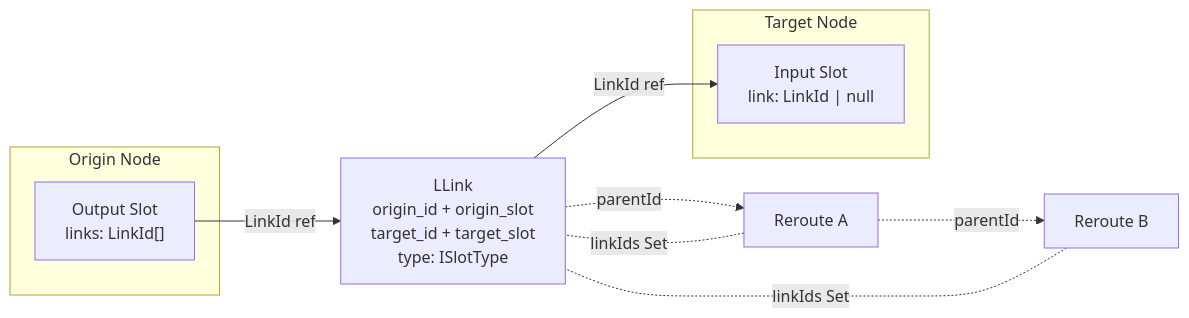
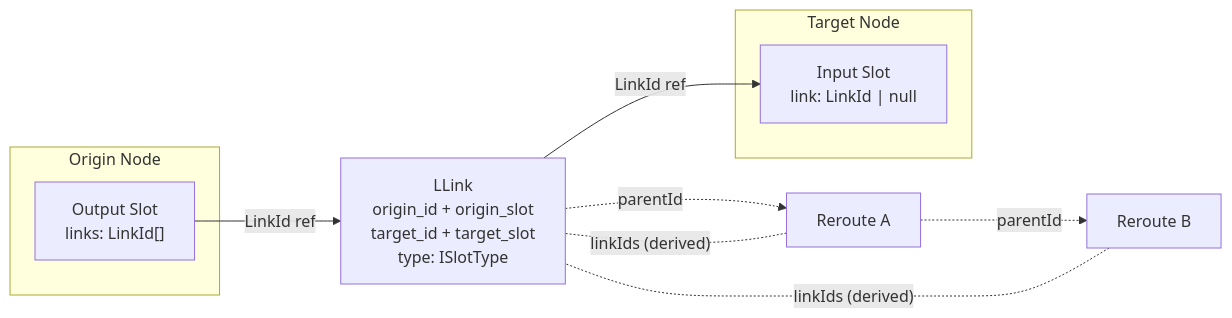
Before and after one commit to Comfy-Org/ComfyUI_frontend: the second of 13 diagrams in docs/architecture/entity-interactions.md, drawn with Mermaid. The commit also changed other lines of this file and 9 other files, not shown here.

First line of the commit message:
docs: align ECS architecture records with shipped link/reroute stores

````diff
--- a/docs/architecture/entity-interactions.md
+++ b/docs/architecture/entity-interactions.md
@@ -85,24 +85,24 @@
 ```mermaid
 graph LR
     subgraph OutputNode["Origin Node"]
         OSlot["Output Slot
 links: LinkId[]"]
     end
 
     subgraph InputNode["Target Node"]
         ISlot["Input Slot
 link: LinkId | null"]
     end
 
     OSlot -->|"LinkId ref"| Link["LLink
 origin_id + origin_slot
 target_id + target_slot
 type: ISlotType"]
     Link -->|"LinkId ref"| ISlot
 
     Link -.->|"parentId"| R1["Reroute A"]
     R1 -.->|"parentId"| R2["Reroute B"]
 
-    R1 -.-|"linkIds Set"| Link
-    R2 -.-|"linkIds Set"| Link
+    R1 -.-|"linkIds (derived)"| Link
+    R2 -.-|"linkIds (derived)"| Link
 ```
````
